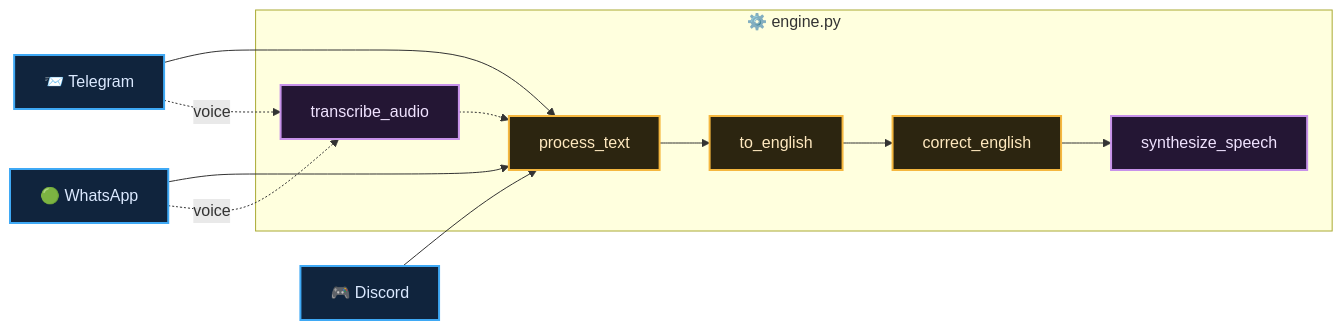
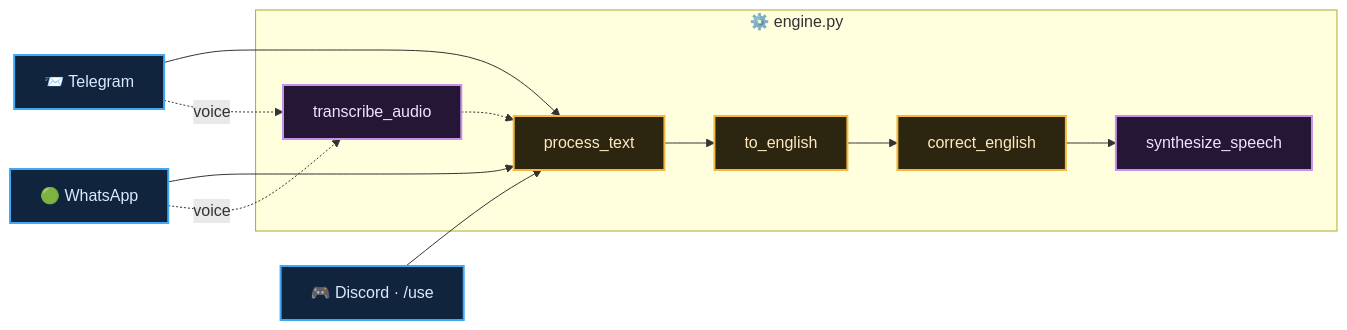
One commit to Parth-KG/lang-helper-bot changed the diagram in README.md. Above: the diagram before and after it, drawn with Mermaid. The commit also changed other lines of this file and 1 other file, not shown here.

````diff
--- a/README.md
+++ b/README.md
@@ -91,30 +91,30 @@
 ```mermaid
 flowchart LR
     classDef adapter fill:#10243d,stroke:#3FA9F5,stroke-width:2px,color:#dbe9ff
     classDef engine fill:#2c2510,stroke:#F5B73F,stroke-width:2px,color:#ffe9bf
     classDef accent fill:#241634,stroke:#C792EA,stroke-width:2px,color:#f0e3ff
 
     TG["📨 Telegram"]
     WA["🟢 WhatsApp"]
-    DC["🎮 Discord"]
+    DC["🎮 Discord · /use"]
 
     subgraph E["⚙️ engine.py"]
         TA["transcribe_audio"]
         PT["process_text"]
         TE["to_english"]
         CE["correct_english"]
         SS["synthesize_speech"]
     end
 
     TG --> PT
     WA --> PT
     DC --> PT
     TG -. voice .-> TA -.-> PT
     WA -. voice .-> TA
     PT --> TE --> CE
     CE --> SS
 
     class TG,WA,DC adapter
     class TA,SS accent
     class PT,TE,CE engine
 ```
````
